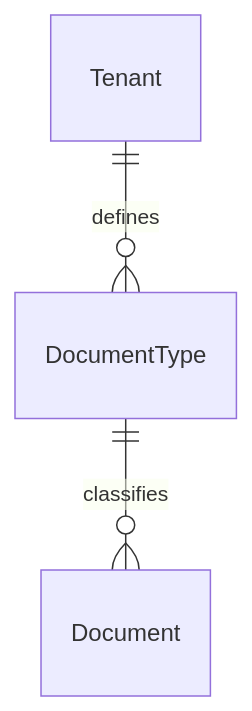
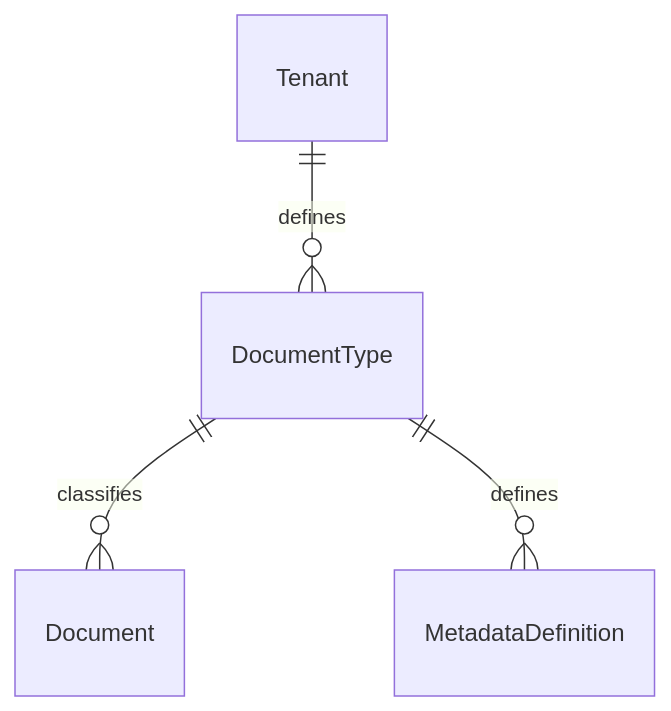
Before and after one commit to camercadop/drf-enterprise-information-platform: the diagram in apps/dms_document_types/README.md, drawn with Mermaid. The commit also changed 30 other files, not shown here.

````diff
--- a/apps/dms_document_types/README.md
+++ b/apps/dms_document_types/README.md
@@ -7,5 +7,6 @@
 ```mermaid
 erDiagram
     Tenant ||--o{ DocumentType : "defines"
     DocumentType ||--o{ Document : "classifies"
+    DocumentType ||--o{ MetadataDefinition : "defines"
 ```
````
